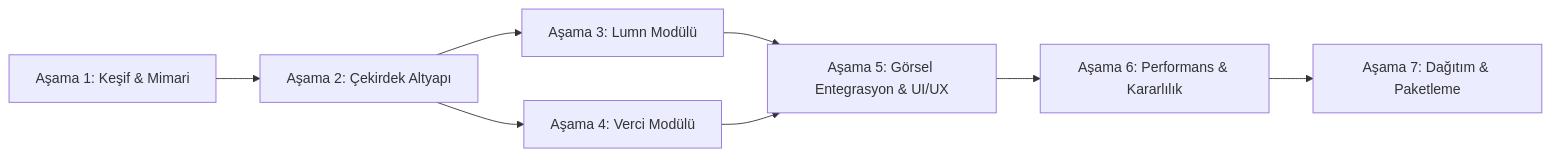
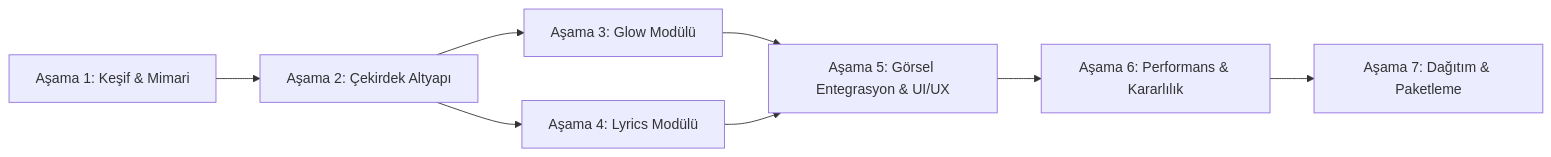
The diagram in docs/DEVELOPMENT_PLAN.md (owergungor/Lyrow), drawn with Mermaid before and after one commit. The commit also changed other lines of this file and 59 other files, not shown here.

````diff
--- a/docs/DEVELOPMENT_PLAN.md
+++ b/docs/DEVELOPMENT_PLAN.md
@@ -9,10 +9,10 @@
 ```mermaid
 graph LR
     P1[Aşama 1: Keşif & Mimari] --> P2[Aşama 2: Çekirdek Altyapı]
-    P2 --> P3[Aşama 3: Lumn Modülü]
-    P2 --> P4[Aşama 4: Verci Modülü]
+    P2 --> P3[Aşama 3: Glow Modülü]
+    P2 --> P4[Aşama 4: Lyrics Modülü]
     P3 --> P5[Aşama 5: Görsel Entegrasyon & UI/UX]
     P4 --> P5
     P5 --> P6[Aşama 6: Performans & Kararlılık]
     P6 --> P7[Aşama 7: Dağıtım & Paketleme]
 ```
````
